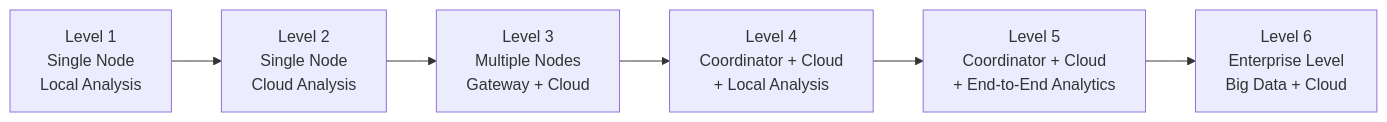
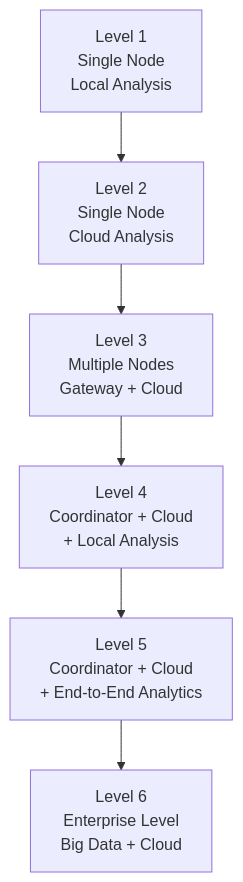
Before and after one commit to lazgaming70/IOT-CIA-1: the second of 13 diagrams in Unofficial-QB/Unofficial-QB-Claude-Ans.md, drawn with Mermaid. The commit also changed other lines of this file, not shown here.

Commit message:
Fixed mermaidjs newline syntax

````diff
--- a/Unofficial-QB/Unofficial-QB-Claude-Ans.md
+++ b/Unofficial-QB/Unofficial-QB-Claude-Ans.md
@@ -303,8 +308,20 @@
 ```mermaid
-flowchart LR
-    L1[Level 1\nSingle Node\nLocal Analysis] --> L2[Level 2\nSingle Node\nCloud Analysis]
-    L2 --> L3[Level 3\nMultiple Nodes\nGateway + Cloud]
-    L3 --> L4[Level 4\nCoordinator + Cloud\n+ Local Analysis]
-    L4 --> L5[Level 5\nCoordinator + Cloud\n+ End-to-End Analytics]
-    L5 --> L6[Level 6\nEnterprise Level\nBig Data + Cloud]
+flowchart TD
+    L1[Level 1
+    Single Node
+    Local Analysis] --> L2[Level 2
+    Single Node
+    Cloud Analysis]
+    L2 --> L3[Level 3
+    Multiple Nodes
+    Gateway + Cloud]
+    L3 --> L4[Level 4
+    Coordinator + Cloud
+    + Local Analysis]
+    L4 --> L5[Level 5
+    Coordinator + Cloud
+    + End-to-End Analytics]
+    L5 --> L6[Level 6
+    Enterprise Level
+    Big Data + Cloud]
 ```
````
